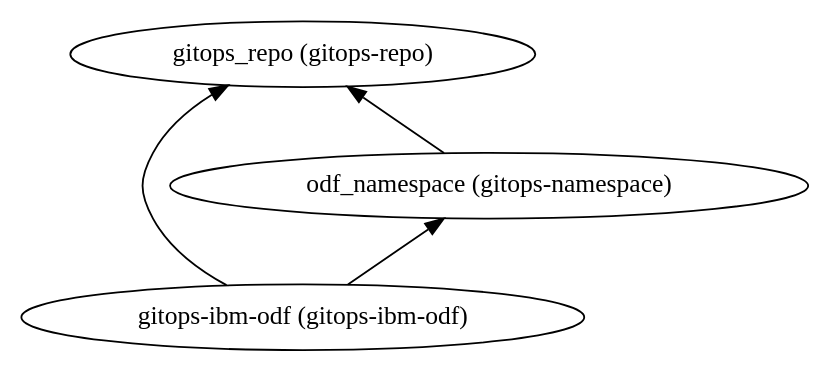
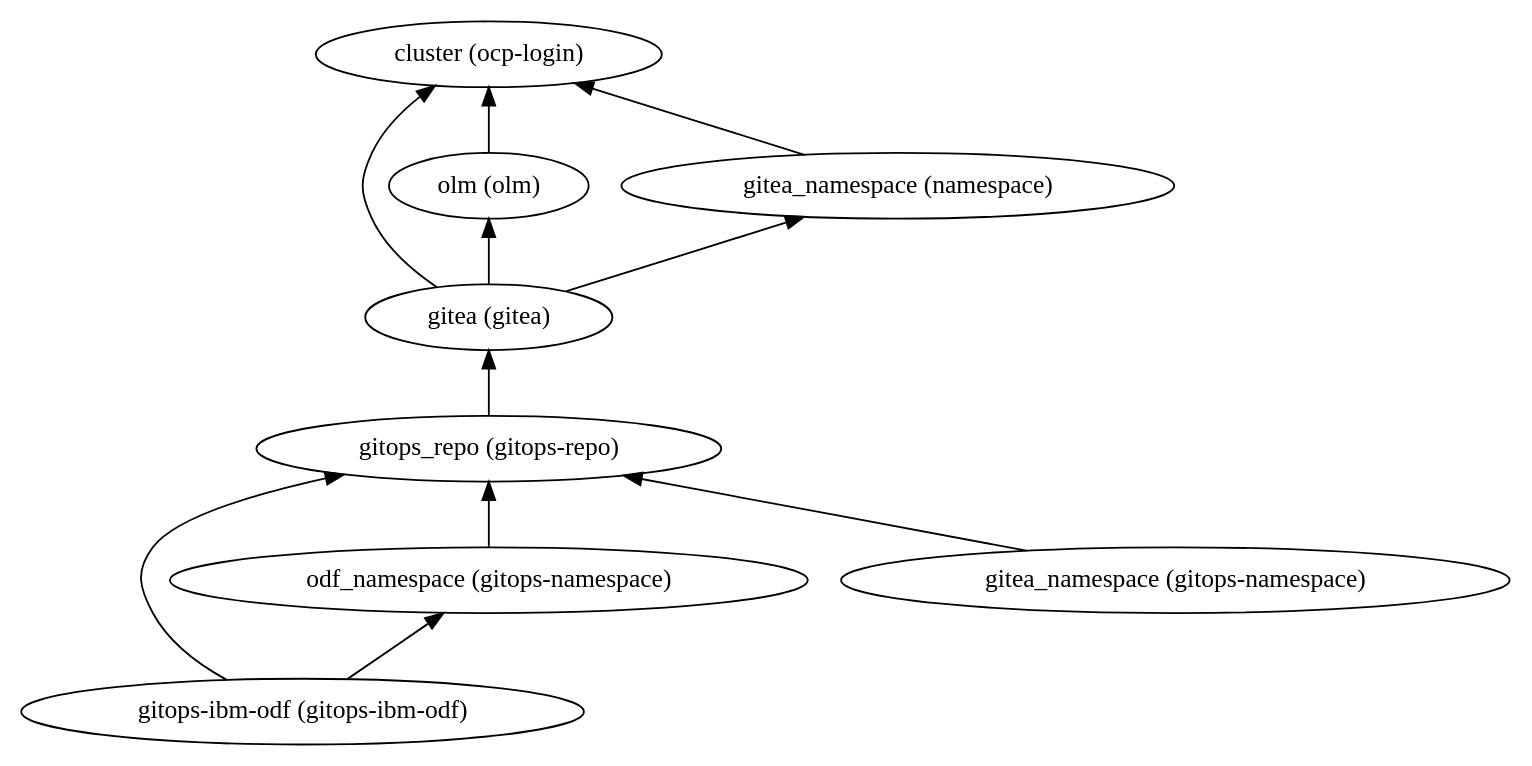
One commit to IBM/automation-integration-platform changed the diagram in 210-ibm-odf-storage/dependencies.dot. Above: the diagram before and after it, drawn with Graphviz. The commit also changed 74 other files, not shown here.

```diff
--- a/210-ibm-odf-storage/dependencies.dot
+++ b/210-ibm-odf-storage/dependencies.dot
@@ -1,9 +1,21 @@
 digraph {
     rankdir="BT"
-    "gitops-ibm-odf (gitops-ibm-odf)" -> "gitops_repo (gitops-repo)"
+    "gitea (gitea)" -> "cluster (ocp-login)"
+"gitea (gitea)" -> "olm (olm)"
+"gitea (gitea)" -> "gitea_namespace (namespace)"
+"gitea (gitea)"
+"cluster (ocp-login)"
+"olm (olm)" -> "cluster (ocp-login)"
+"olm (olm)"
+"gitea_namespace (namespace)" -> "cluster (ocp-login)"
+"gitea_namespace (namespace)"
+"gitops-ibm-odf (gitops-ibm-odf)" -> "gitops_repo (gitops-repo)"
 "gitops-ibm-odf (gitops-ibm-odf)" -> "odf_namespace (gitops-namespace)"
 "gitops-ibm-odf (gitops-ibm-odf)"
+"gitops_repo (gitops-repo)" -> "gitea (gitea)"
 "gitops_repo (gitops-repo)"
 "odf_namespace (gitops-namespace)" -> "gitops_repo (gitops-repo)"
 "odf_namespace (gitops-namespace)"
+"gitea_namespace (gitops-namespace)" -> "gitops_repo (gitops-repo)"
+"gitea_namespace (gitops-namespace)"
   }
```
